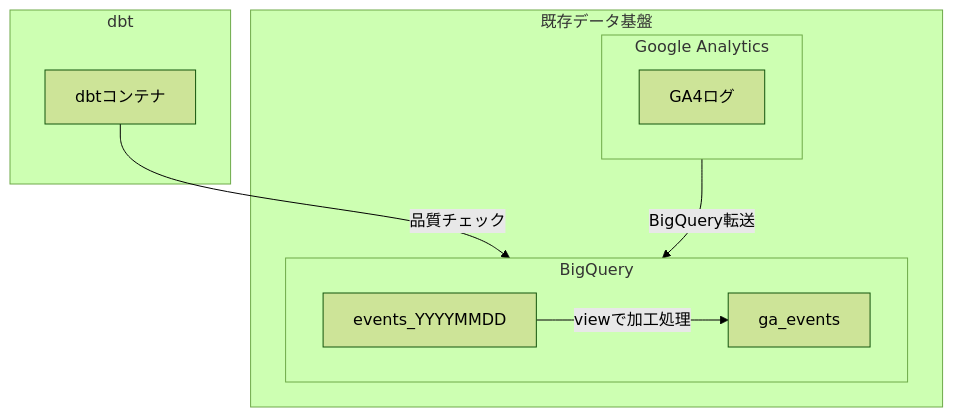
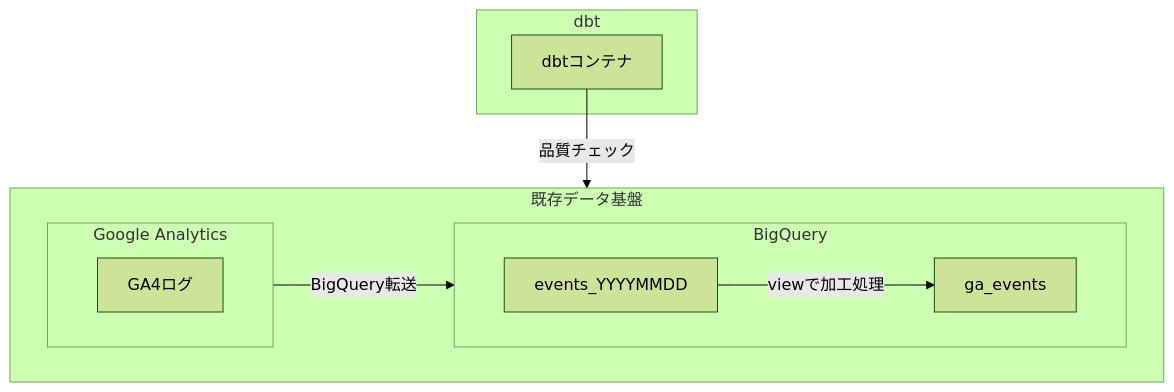
One commit to mjunya1030/mj-zenn changed the diagram in articles/20211015-opt-in-dbt.md. Above: the diagram before and after it, drawn with Mermaid (forest theme).

````diff
--- a/articles/20211015-opt-in-dbt.md
+++ b/articles/20211015-opt-in-dbt.md
@@ -88,22 +88,24 @@
 ```mermaid
 
-graph TB;
-subgraph 既存データ基盤;
-    subgraph Google Analytics;
+flowchart TB;
+    subgraph 既存データ基盤
         direction LR
-        GA4ログ;
+        subgraph Google Analytics;
+            direction LR
+            GA4ログ;
+        end
+        subgraph BigQuery
+            direction LR
+            GA4ログ -- BigQuery転送 --> events_YYYYMMDD;
+            direction LR
+            events_YYYYMMDD -- viewで加工処理 --> ga_events;
+        end
     end
-    subgraph BigQuery;
-        direction LR
-        GA4ログ -- BigQuery転送 --> events_YYYYMMDD;
-        direction LR
-        events_YYYYMMDD -- viewで加工処理 --> ga_events;
+
+    subgraph dbt;
+        dbtコンテナ -- 品質チェック --> events_YYYYMMDD;
     end
-end
 
-subgraph dbt;
-    dbtコンテナ -- 品質チェック --> events_YYYYMMDD;
-end
 
 
 ```
````
